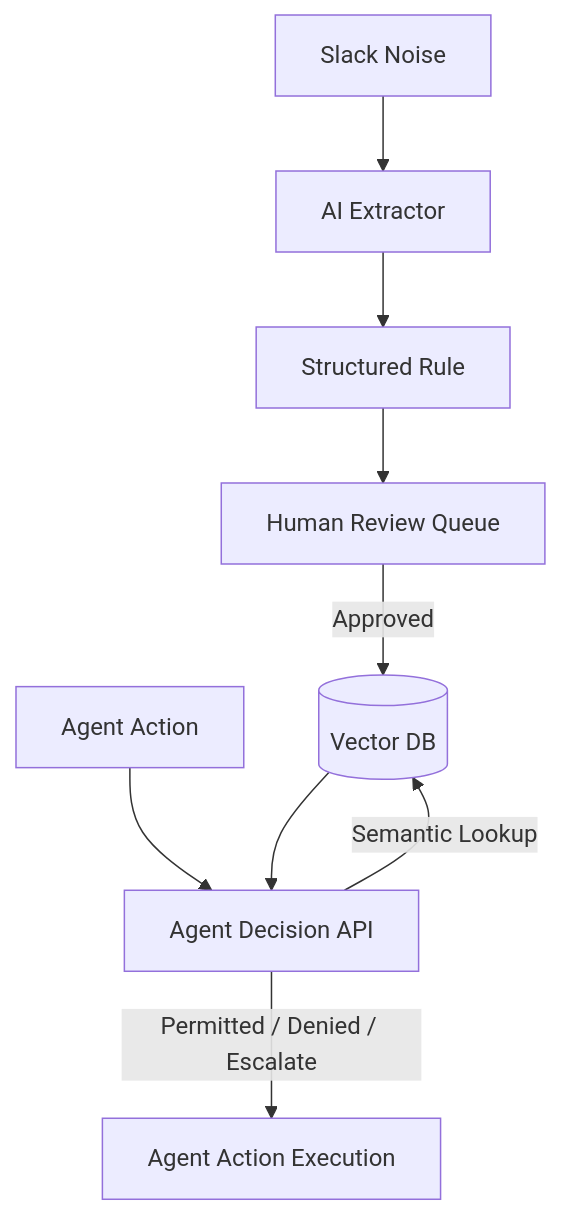
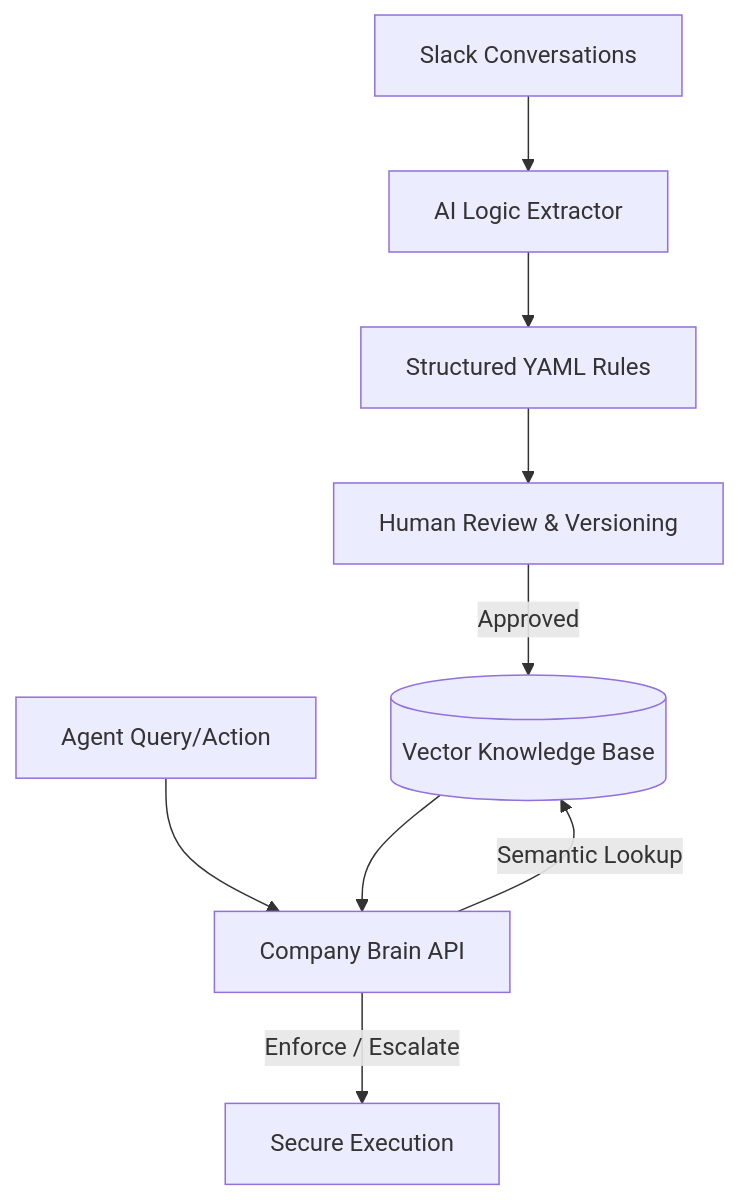
The diagram in README.md (adityacs50-lab/Project-Brain), drawn with Mermaid before and after one commit. The commit also changed other lines of this file, not shown here.

````diff
--- a/README.md
+++ b/README.md
@@ -75,11 +68,11 @@
 ```mermaid
 graph TD
-    A[Slack Noise] --> B[AI Extractor]
-    B --> C[Structured Rule]
-    C --> D[Human Review Queue]
-    D -- "Approved" --> E[(Vector DB)]
-    F[Agent Action] --> G[Agent Decision API]
+    A[Slack Conversations] --> B[AI Logic Extractor]
+    B --> C[Structured YAML Rules]
+    C --> D[Human Review & Versioning]
+    D -- "Approved" --> E[(Vector Knowledge Base)]
+    F[Agent Query/Action] --> G[Company Brain API]
     G -- "Semantic Lookup" --> E
     E --> G
-    G -- "Permitted / Denied / Escalate" --> H[Agent Action Execution]
+    G -- "Enforce / Escalate" --> H[Secure Execution]
 ```
````
